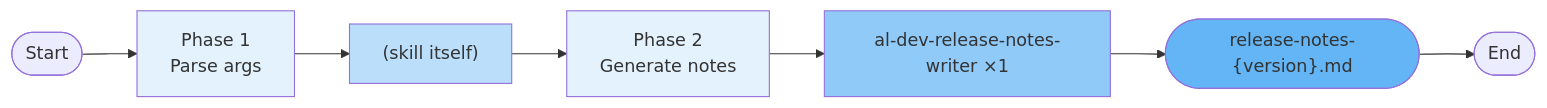
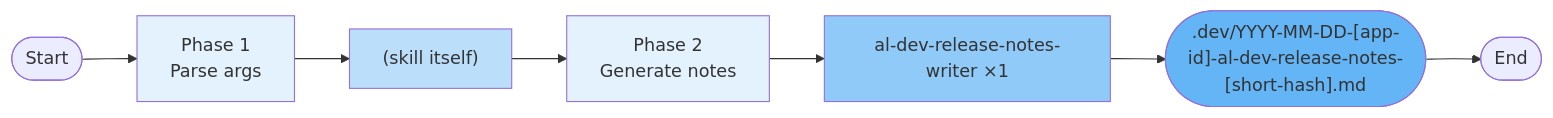
Diagram 12 of 18 in docs/al-dev-plugin-map.md (russell-laing/al-dev-shared), drawn with Mermaid before and after one commit. The commit also changed other lines of this file, not shown here.

First line of the commit message:
docs: fix technical accuracy in al-dev-plugin-map diagrams and suggestions

````diff
--- a/docs/al-dev-plugin-map.md
+++ b/docs/al-dev-plugin-map.md
@@ -378,15 +370,15 @@
 ```mermaid
 flowchart LR
     Start([Start]) --> Phase1["Phase 1<br/>Parse args"]
     Phase1 --> SkillWork1["(skill itself)"]
     SkillWork1 --> Phase2["Phase 2<br/>Generate notes"]
     Phase2 --> Agent1["al-dev-release-notes-writer ×1"]
-    Agent1 --> Output1(["release-notes-{version}.md"])
+    Agent1 --> Output1([".dev/YYYY-MM-DD-[app-id]-al-dev-release-notes-[short-hash].md"])
     Output1 --> End([End])
 
     style Phase1 fill:#e3f2fd
     style Phase2 fill:#e3f2fd
     style SkillWork1 fill:#bbdefb
     style Agent1 fill:#90caf9
     style Output1 fill:#64b5f6
 ```
````
